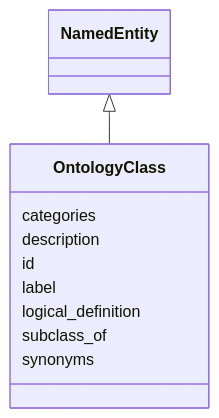
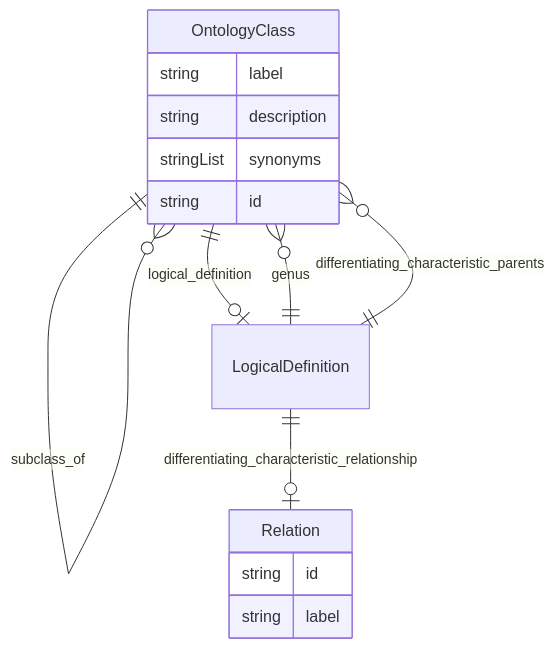
Before and after one commit to monarch-initiative/ontogpt: the diagram in docs/ontology_class/OntologyClass.md, drawn with Mermaid. The commit also changed 187 other files, not shown here.

````diff
--- a/docs/ontology_class/OntologyClass.md
+++ b/docs/ontology_class/OntologyClass.md
@@ -8,14 +8,24 @@
 ```mermaid
- classDiagram
-    class OntologyClass
-      NamedEntity <|-- OntologyClass
-      
-      OntologyClass : categories
-      OntologyClass : description
-      OntologyClass : id
-      OntologyClass : label
-      OntologyClass : logical_definition
-      OntologyClass : subclass_of
-      OntologyClass : synonyms
-      
+erDiagram
+OntologyClass {
+    string label  
+    string description  
+    stringList synonyms  
+    string id  
+}
+LogicalDefinition {
+
+}
+Relation {
+    string id  
+    string label  
+}
+
+OntologyClass ||--}o OntologyClass : "categories"
+OntologyClass ||--}o OntologyClass : "subclass_of"
+OntologyClass ||--|o LogicalDefinition : "logical_definition"
+LogicalDefinition ||--}o OntologyClass : "genus"
+LogicalDefinition ||--|o Relation : "differentiating_characteristic_relationship"
+LogicalDefinition ||--}o OntologyClass : "differentiating_characteristic_parents"
+
 ```
````
